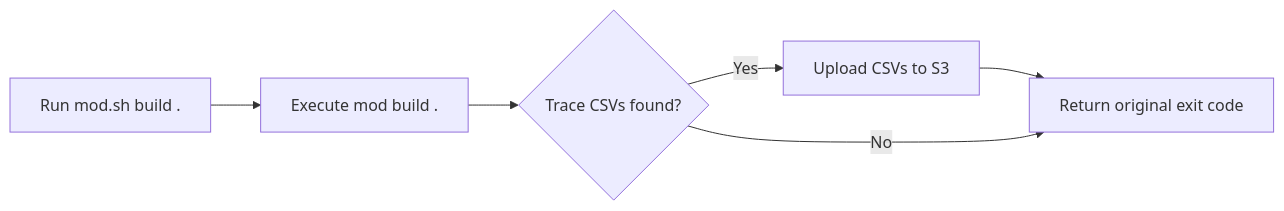
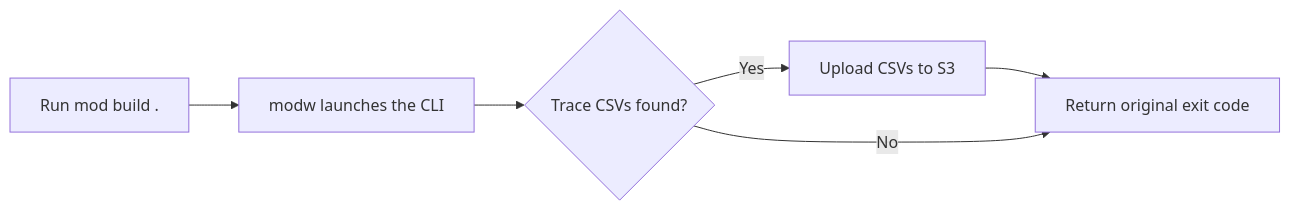
The diagram in docs/user-documentation/moderne-cli/how-to-guides/cli-telemetry-s3-export.md (moderneinc/moderne-docs), drawn with Mermaid before and after one commit. The commit also changed other lines of this file and 8 other files, not shown here.

````diff
--- a/docs/user-documentation/moderne-cli/how-to-guides/cli-telemetry-s3-export.md
+++ b/docs/user-documentation/moderne-cli/how-to-guides/cli-telemetry-s3-export.md
@@ -36,7 +52,7 @@
 ```mermaid
 flowchart LR
-    A["Run mod.sh build ."] --> B["Execute mod build ."]
+    A["Run mod build ."] --> B["modw launches the CLI"]
     B --> C{"Trace CSVs found?"}
     C -->|Yes| D["Upload CSVs to S3"] --> E["Return original exit code"]
     C -->|No| E
 ```
````
